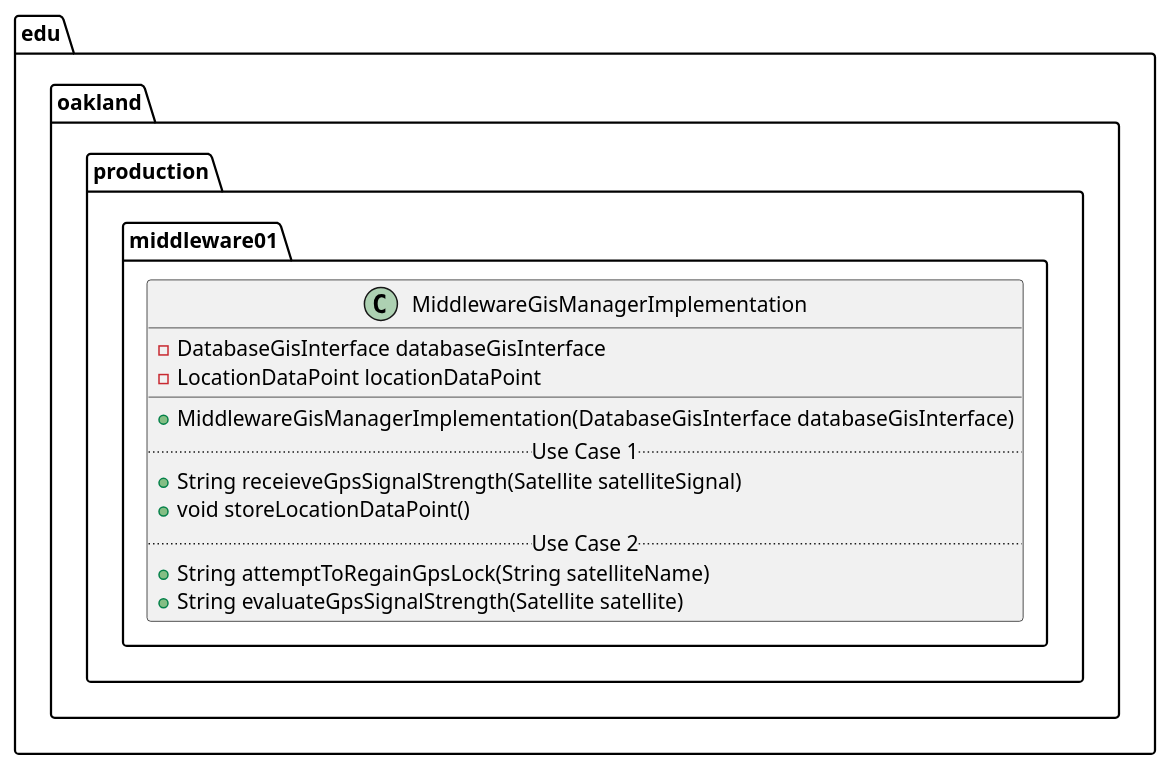
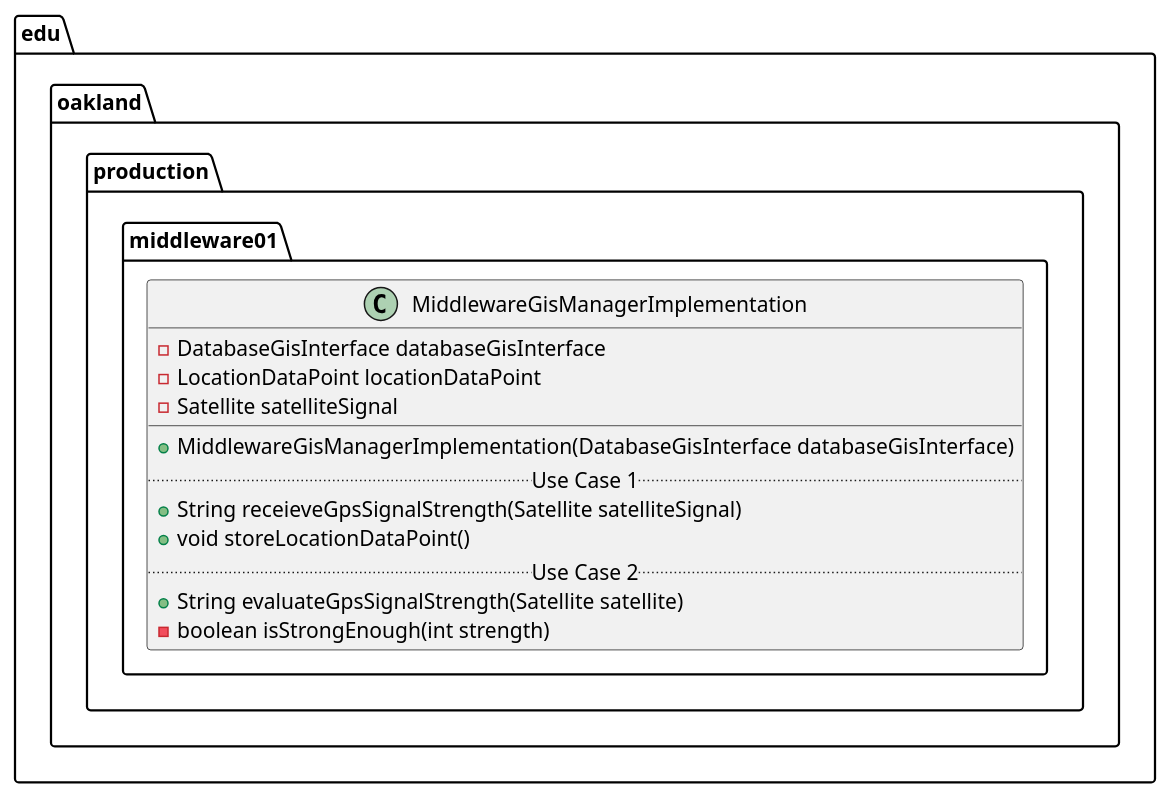
One commit to andrewdimmer/csi-3370-software-project changed the diagram in docs/uml-class-diagrams/middleware01/production/MiddlewareGisManagerImplementation/MiddlewareGisManagerImplementation.puml. Above: the diagram before and after it, drawn with PlantUML. The commit also changed 48 other files, not shown here.

```diff
--- a/docs/uml-class-diagrams/middleware01/production/MiddlewareGisManagerImplementation/MiddlewareGisManagerImplementation.puml
+++ b/docs/uml-class-diagrams/middleware01/production/MiddlewareGisManagerImplementation/MiddlewareGisManagerImplementation.puml
@@ -1,18 +1,19 @@
 @startuml MiddlewareGisManagerImplementation
 
 package edu.oakland.production.middleware01 {
     class MiddlewareGisManagerImplementation {
         - DatabaseGisInterface databaseGisInterface
         - LocationDataPoint locationDataPoint
+        - Satellite satelliteSignal
         __
         + MiddlewareGisManagerImplementation(DatabaseGisInterface databaseGisInterface)
         .. Use Case 1 ..
         + String receieveGpsSignalStrength(Satellite satelliteSignal)
         + void storeLocationDataPoint()
         .. Use Case 2 ..
-        + String attemptToRegainGpsLock(String satelliteName)
         + String evaluateGpsSignalStrength(Satellite satellite)
+        - boolean isStrongEnough(int strength)
     }
 }
 
 @enduml
```
